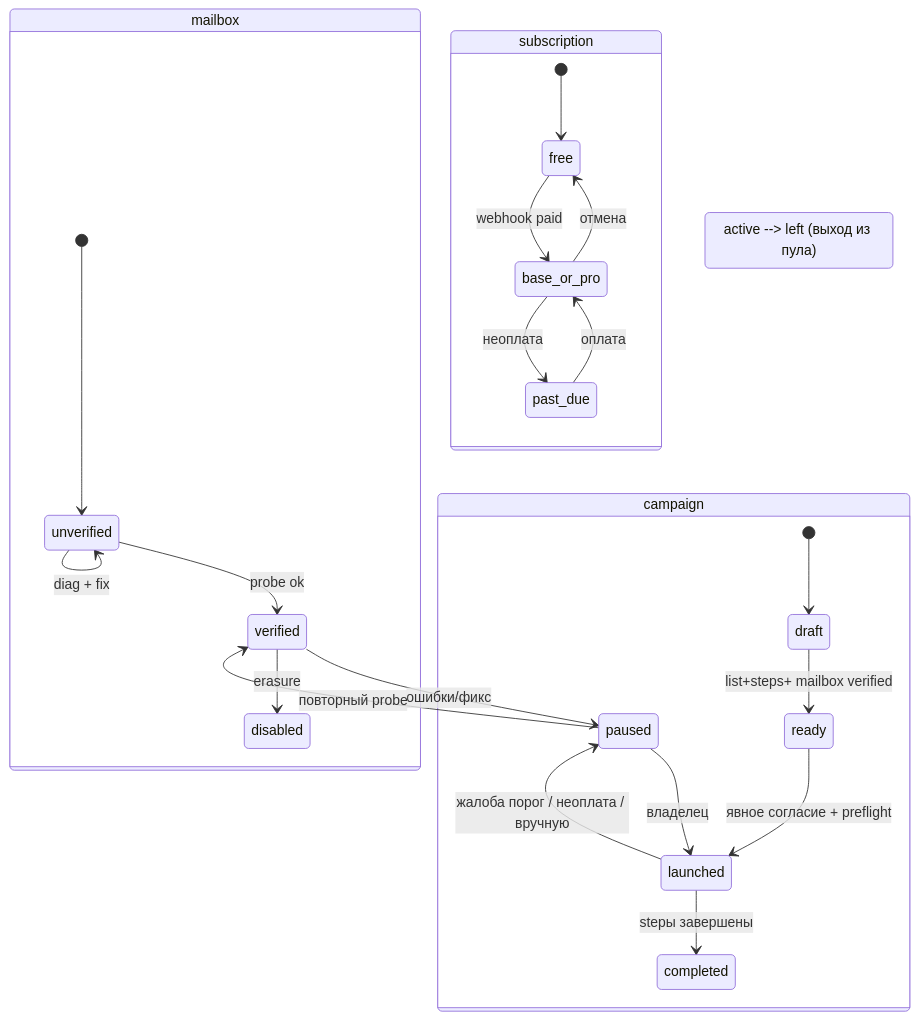
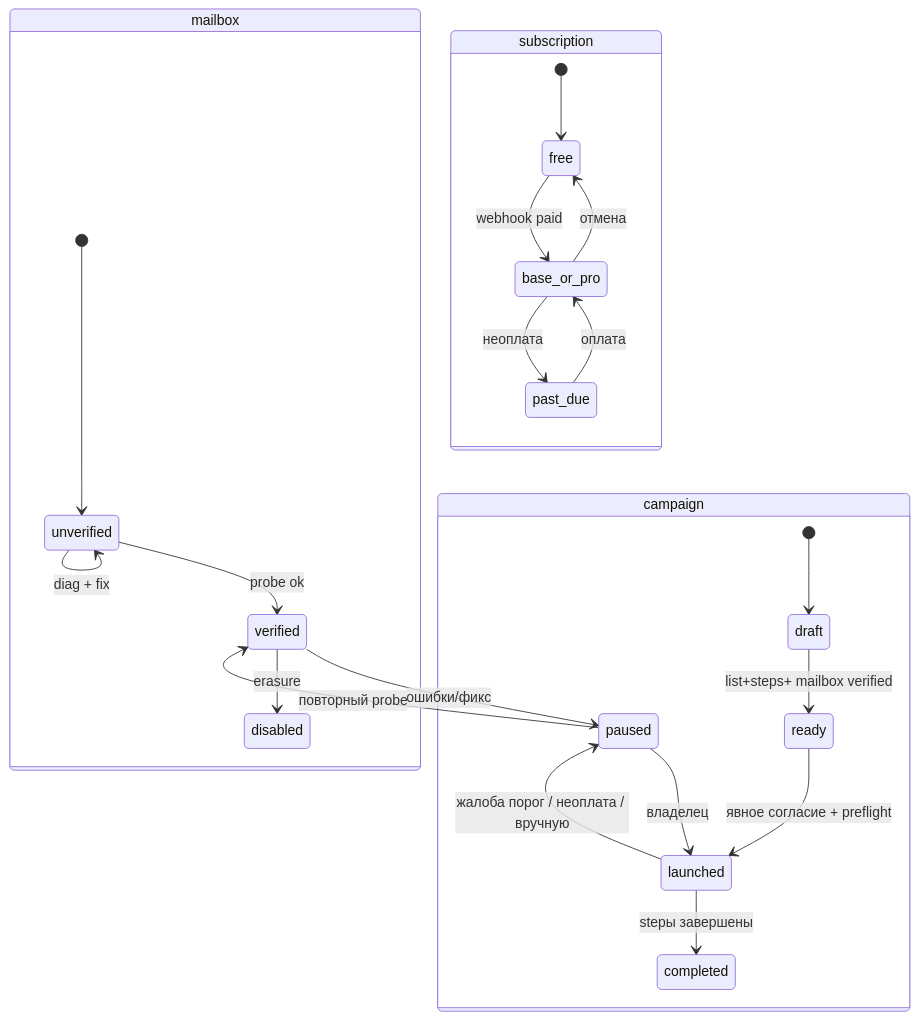
The diagram in projects/07-cold-email-warmup/docs/Pseudocode.md (djd1m/2026-AUG-PU-Projects), drawn with Mermaid before and after one commit. The commit also changed other lines of this file and 6 other files, not shown here.

````diff
--- a/projects/07-cold-email-warmup/docs/Pseudocode.md
+++ b/projects/07-cold-email-warmup/docs/Pseudocode.md
@@ -353,27 +354,26 @@
 ```mermaid
 stateDiagram-v2
     state mailbox {
         [*] --> unverified
         unverified --> verified: probe ok
         unverified --> unverified: diag + fix
         verified --> paused: ошибки/фикс
         paused --> verified: повторный probe
         verified --> disabled: erasure
     }
     state campaign {
         [*] --> draft
         draft --> ready: list+steps+ mailbox verified
         ready --> launched: явное согласие + preflight
         launched --> paused: жалоба порог / неоплата / вручную
         paused --> launched: владелец
         launched --> completed: stepы завершены
     }
-    state subscription {
+    state     subscription {
         [*] --> free
         free --> base_or_pro: webhook paid
         base_or_pro --> past_due: неоплата
         past_due --> base_or_pro: оплата
         base_or_pro --> free: отмена
     }
-    membership: active --> left (выход из пула)
 ```
````
